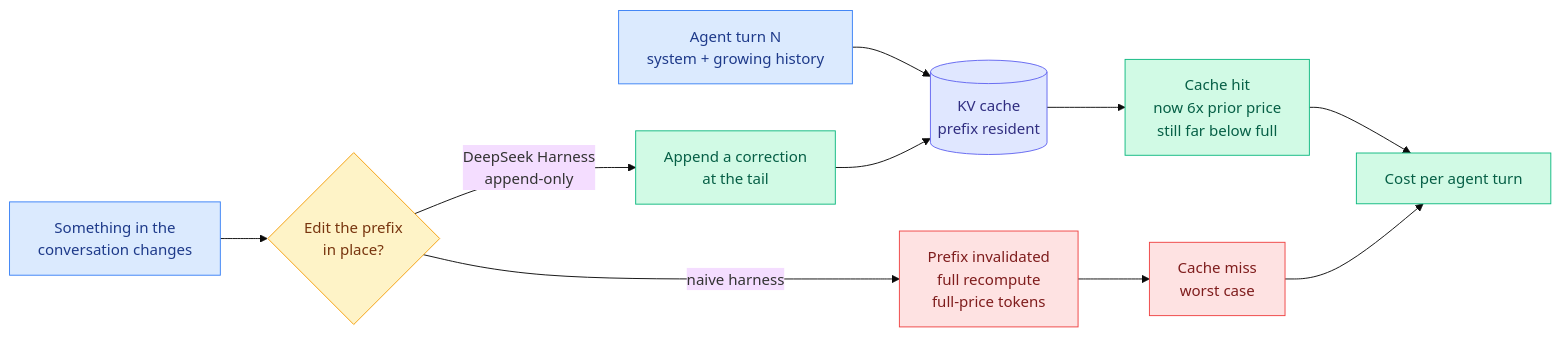
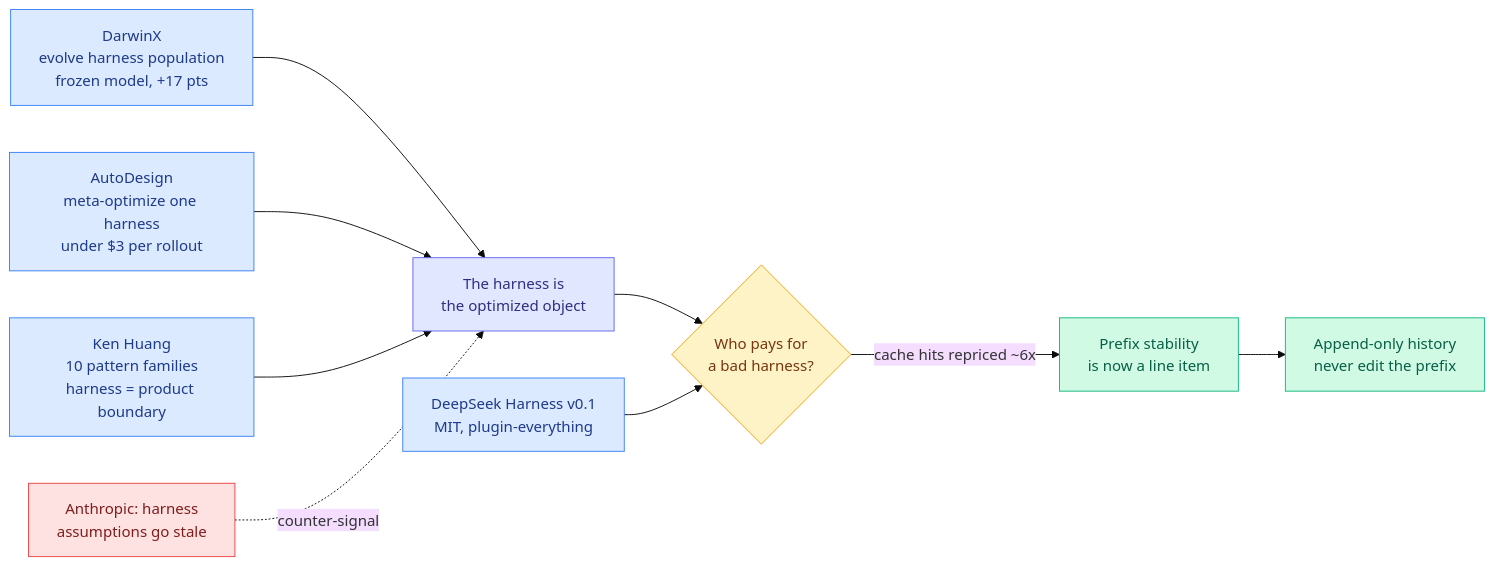
The diagram in wiki/media-zone/2026-08/2026-08-14.md (bayesiansapien/cere-bro), drawn with Mermaid (base theme) before and after one commit. The commit also changed other lines of this file, not shown here.

````diff
--- a/wiki/media-zone/2026-08/2026-08-14.md
+++ b/wiki/media-zone/2026-08/2026-08-14.md
@@ -21,22 +22,21 @@
 ```mermaid
 flowchart LR
-  T[Agent turn N<br/>system + growing history] --> KV[(KV cache<br/>prefix resident)]
-  E[Something in the<br/>conversation changes] --> BAD{Edit the prefix<br/>in place?}
-  BAD -->|naive harness| INV[Prefix invalidated<br/>full recompute<br/>full-price tokens]
-  BAD -->|DeepSeek Harness<br/>append-only| APP[Append a correction<br/>at the tail]
-  APP --> KV
-  KV --> HIT[Cache hit<br/>now 6x prior price<br/>still far below full]
-  INV --> MISS[Cache miss<br/>worst case]
-  HIT --> C[Cost per agent turn]
-  MISS --> C
+  R1[DarwinX<br/>evolve harness population<br/>frozen model, +17 pts] --> OBJ[The harness is<br/>the optimized object]
+  R2[AutoDesign<br/>meta-optimize one harness<br/>under $3 per rollout] --> OBJ
+  OBJ --> COST{Who pays for<br/>a bad harness?}
+  IND[DeepSeek Harness v0.1<br/>MIT, plugin-everything] --> COST
+  COST -->|cache hits repriced ~6x| BILL[Prefix stability<br/>is now a line item]
+  BILL --> FIX[Append-only history<br/>never edit the prefix]
+  GOV[Ken Huang<br/>10 pattern families<br/>harness = product boundary] --> OBJ
+  STALE[Anthropic: harness<br/>assumptions go stale] -.counter-signal.-> OBJ
   classDef input fill:#dbeafe,stroke:#3b82f6,color:#1e3a8a
   classDef decision fill:#fef3c7,stroke:#f59e0b,color:#78350f
   classDef output fill:#d1fae5,stroke:#10b981,color:#065f46
   classDef warn fill:#fee2e2,stroke:#ef4444,color:#7f1d1d
   classDef aux fill:#e0e7ff,stroke:#6366f1,color:#312e81
-  class T,E input
-  class BAD decision
-  class APP,HIT,C output
-  class INV,MISS warn
-  class KV aux
+  class R1,R2,IND,GOV input
+  class COST decision
+  class BILL,FIX output
+  class STALE warn
+  class OBJ aux
 ```
````
